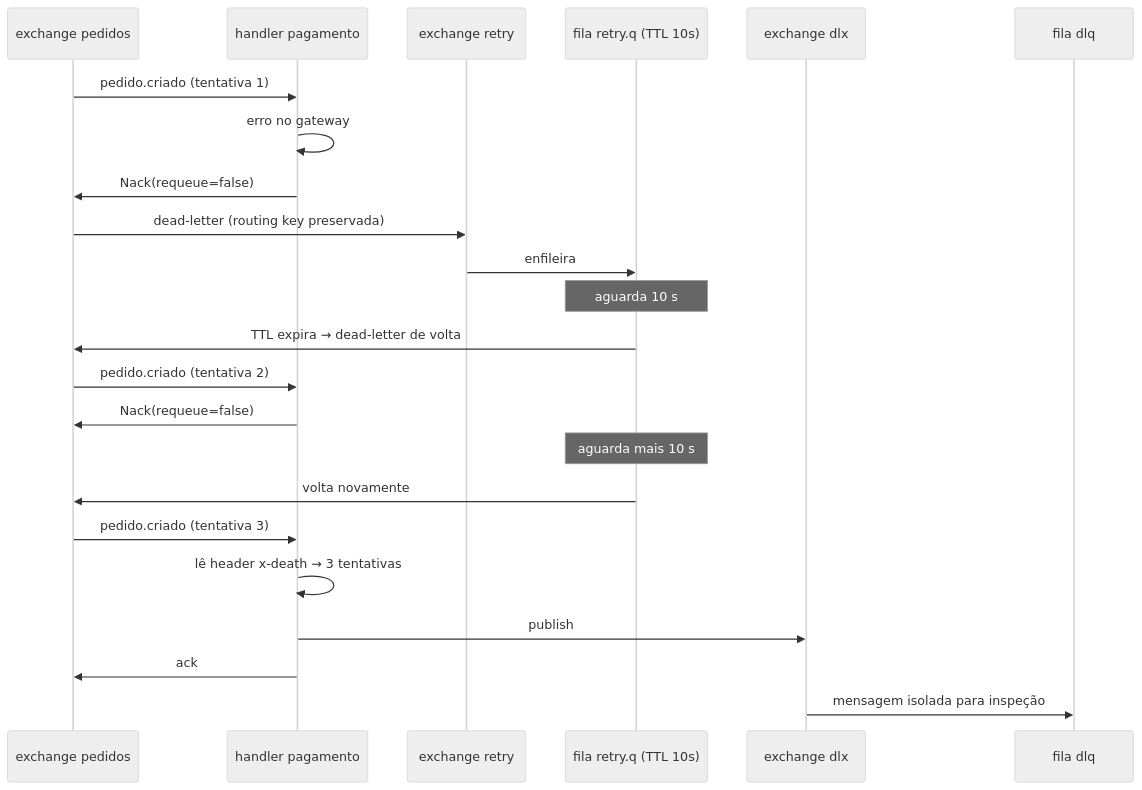
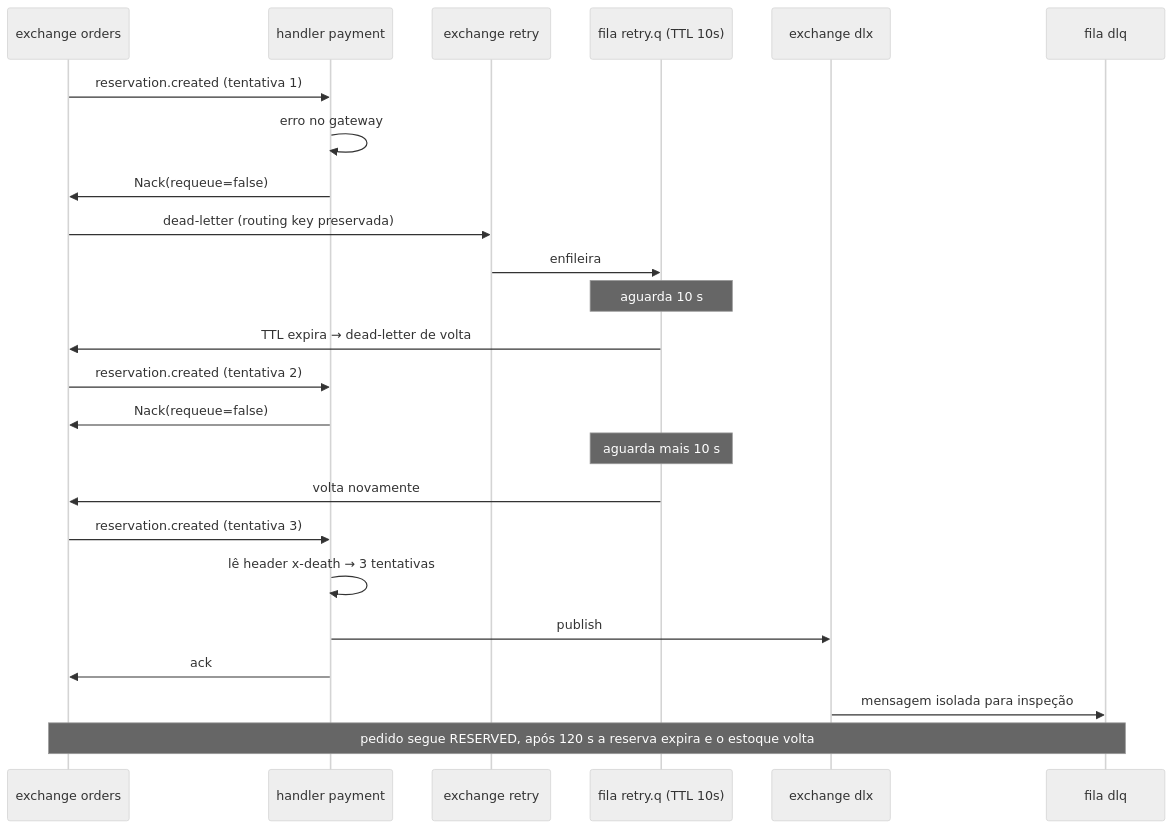
The sixth of 6 diagrams in docs/etapa2.md (NicolasPaterno/message-queue-ecommerce), drawn with Mermaid (neutral theme) before and after one commit. The commit also changed other lines of this file, not shown here.

Commit message:
docs(etapa2): reserve stock before payment with ttl expiry and cas status

````diff
--- a/docs/etapa2.md
+++ b/docs/etapa2.md
@@ -306,28 +401,29 @@
 ```mermaid
 sequenceDiagram
-    participant X as exchange pedidos
-    participant P as handler pagamento
+    participant X as exchange orders
+    participant P as handler payment
     participant R as exchange retry
     participant RQ as fila retry.q (TTL 10s)
     participant D as exchange dlx
     participant DLQ as fila dlq
 
-    X->>P: pedido.criado (tentativa 1)
+    X->>P: reservation.created (tentativa 1)
     P->>P: erro no gateway
     P->>X: Nack(requeue=false)
     X->>R: dead-letter (routing key preservada)
     R->>RQ: enfileira
     Note over RQ: aguarda 10 s
     RQ->>X: TTL expira → dead-letter de volta
 
-    X->>P: pedido.criado (tentativa 2)
+    X->>P: reservation.created (tentativa 2)
     P->>X: Nack(requeue=false)
     Note over RQ: aguarda mais 10 s
     RQ->>X: volta novamente
 
-    X->>P: pedido.criado (tentativa 3)
+    X->>P: reservation.created (tentativa 3)
     P->>P: lê header x-death → 3 tentativas
     P->>D: publish
     P->>X: ack
     D->>DLQ: mensagem isolada para inspeção
+    Note over X,DLQ: pedido segue RESERVED, após 120 s a reserva expira e o estoque volta
 ```
````
